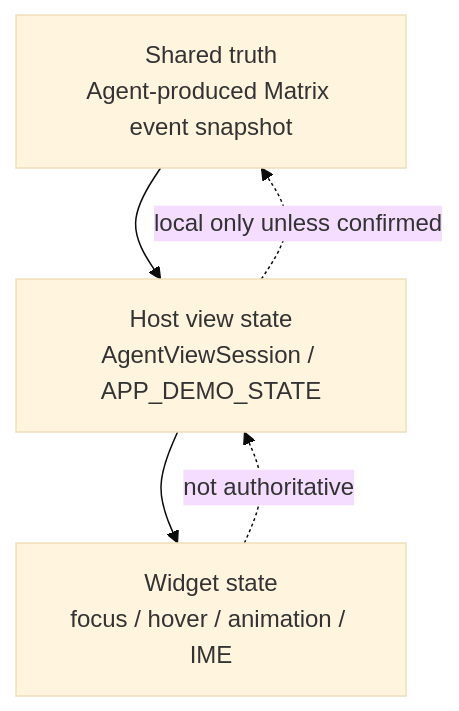
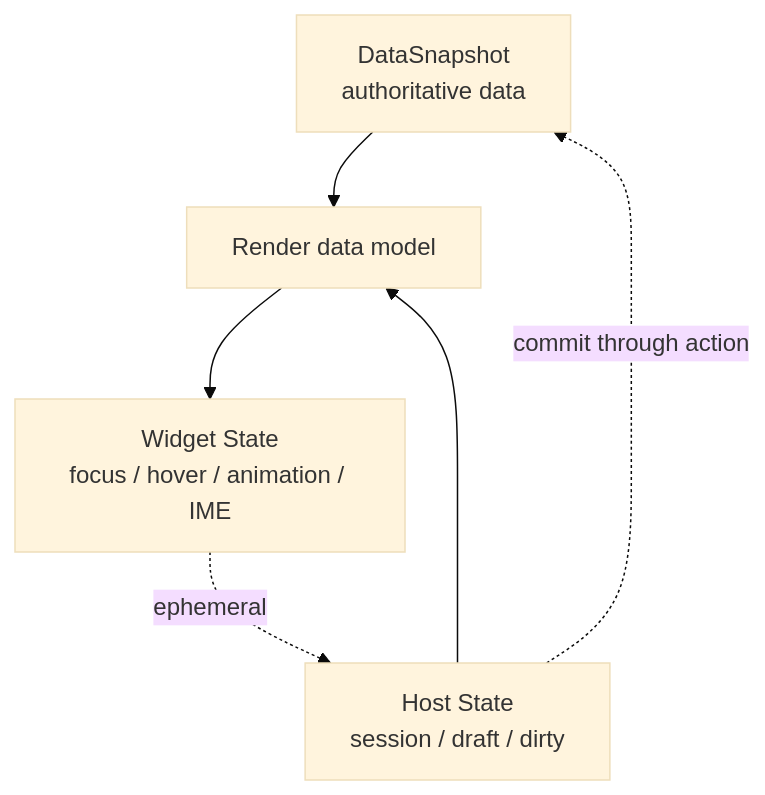
The first of 2 diagrams in examples/aichat/specs/agent2app-book/src/05-state-model.md (ZhangHanDong/makepad), drawn with Mermaid (base theme) before and after one commit. The commit also changed other lines of this file and 37 other files, not shown here.

Commit message:
Document agent2app aichat rollout

````diff
--- a/examples/aichat/specs/agent2app-book/src/05-state-model.md
+++ b/examples/aichat/specs/agent2app-book/src/05-state-model.md
@@ -5,12 +5,14 @@
 ```mermaid
 flowchart TB
-    ST[Shared truth<br/>Agent-produced Matrix event snapshot]
-    HS[Host view state<br/>AgentViewSession / APP_DEMO_STATE]
-    WS[Widget state<br/>focus / hover / animation / IME]
+    D[DataSnapshot<br/>authoritative data]
+    HS[Host State<br/>session / draft / dirty]
+    WS[Widget State<br/>focus / hover / animation / IME]
+    R[Render data model]
 
-    ST --> HS
-    HS --> WS
+    D --> R
+    HS --> R
+    R --> WS
 
-    WS -. not authoritative .-> HS
-    HS -. local only unless confirmed .-> ST
+    WS -. ephemeral .-> HS
+    HS -. commit through action .-> D
 ```
````
